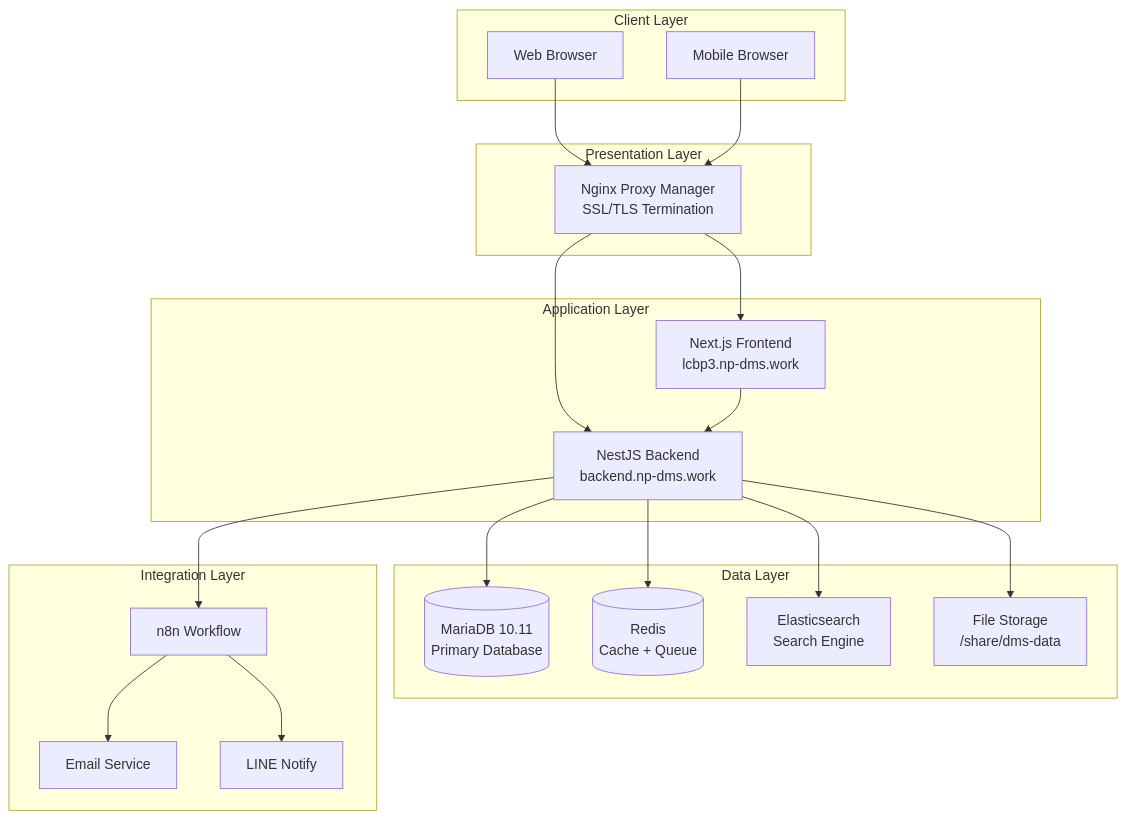
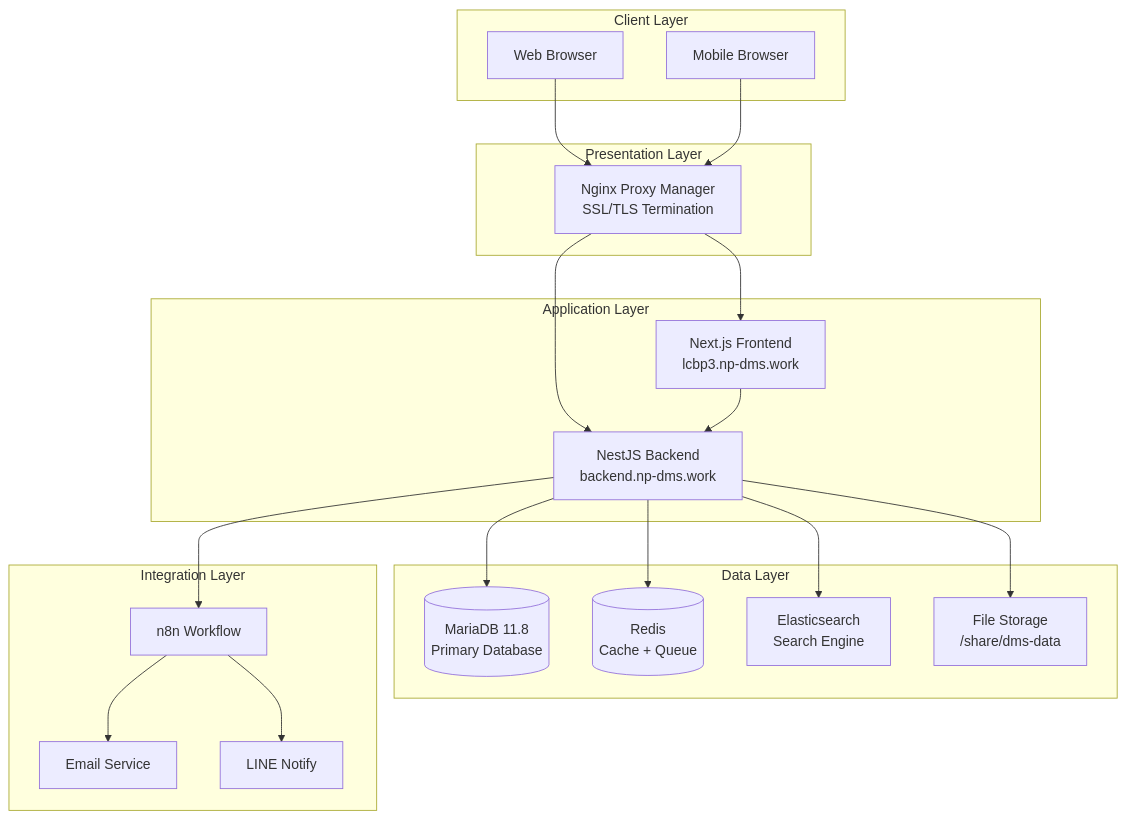
One commit to peancharoen/lcbp3 changed the first of 2 diagrams in specs/02-architecture/README.md. Above: the diagram before and after it, drawn with Mermaid. The commit also changed other lines of this file and 19 other files, not shown here.

Commit message:
251207:0048 Update Schema & Data dictionary/ Login PASS

````diff
--- a/specs/02-architecture/README.md
+++ b/specs/02-architecture/README.md
@@ -323,44 +323,44 @@
 ```mermaid
 graph TB
     subgraph "Client Layer"
         Browser[Web Browser]
         Mobile[Mobile Browser]
     end
 
     subgraph "Presentation Layer"
         NPM[Nginx Proxy Manager<br/>SSL/TLS Termination]
     end
 
     subgraph "Application Layer"
         Frontend[Next.js Frontend<br/>lcbp3.np-dms.work]
         Backend[NestJS Backend<br/>backend.np-dms.work]
     end
 
     subgraph "Data Layer"
-        MariaDB[(MariaDB 10.11<br/>Primary Database)]
+        MariaDB[(MariaDB 11.8<br/>Primary Database)]
         Redis[(Redis<br/>Cache + Queue)]
         Elastic[Elasticsearch<br/>Search Engine]
         Storage[File Storage<br/>/share/dms-data]
     end
 
     subgraph "Integration Layer"
         N8N[n8n Workflow]
         Email[Email Service]
         Line[LINE Notify]
     end
 
     Browser --> NPM
     Mobile --> NPM
     NPM --> Frontend
     NPM --> Backend
 
     Frontend --> Backend
     Backend --> MariaDB
     Backend --> Redis
     Backend --> Elastic
     Backend --> Storage
     Backend --> N8N
 
     N8N --> Email
     N8N --> Line
 ```
````
